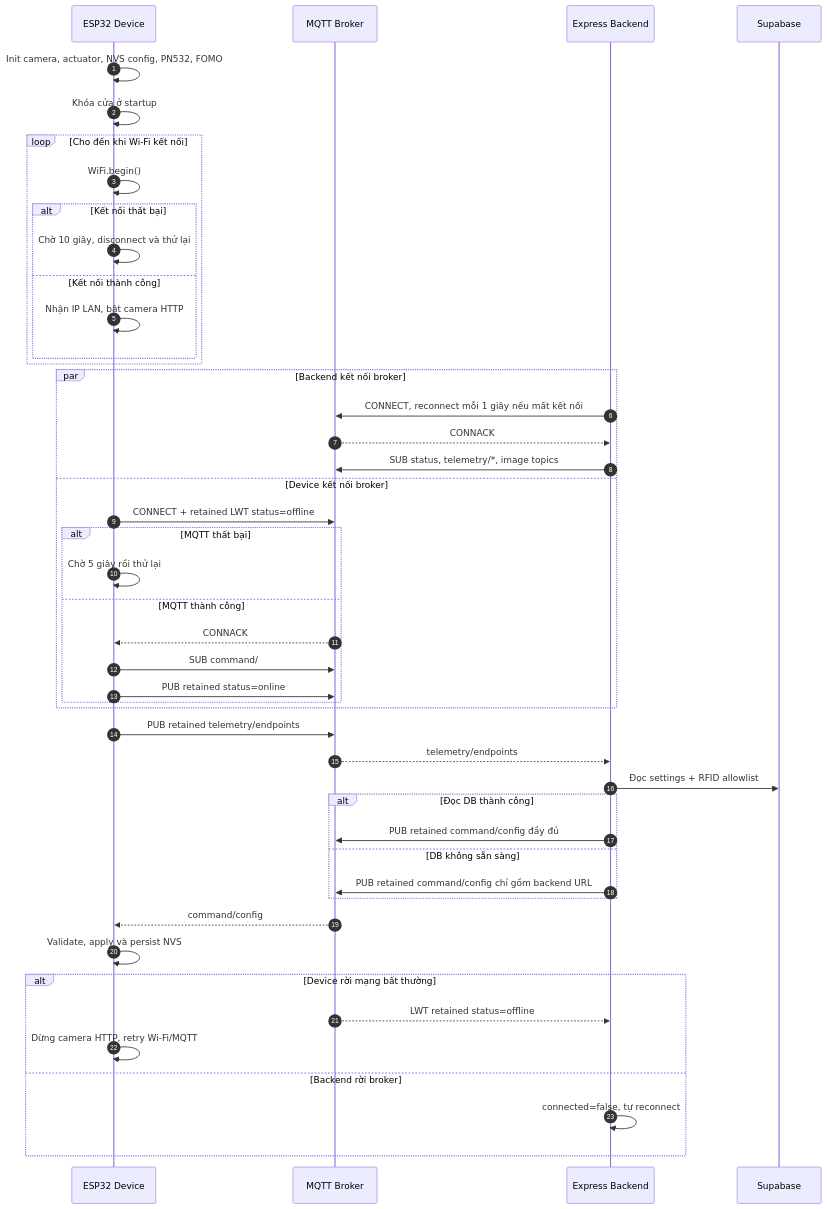
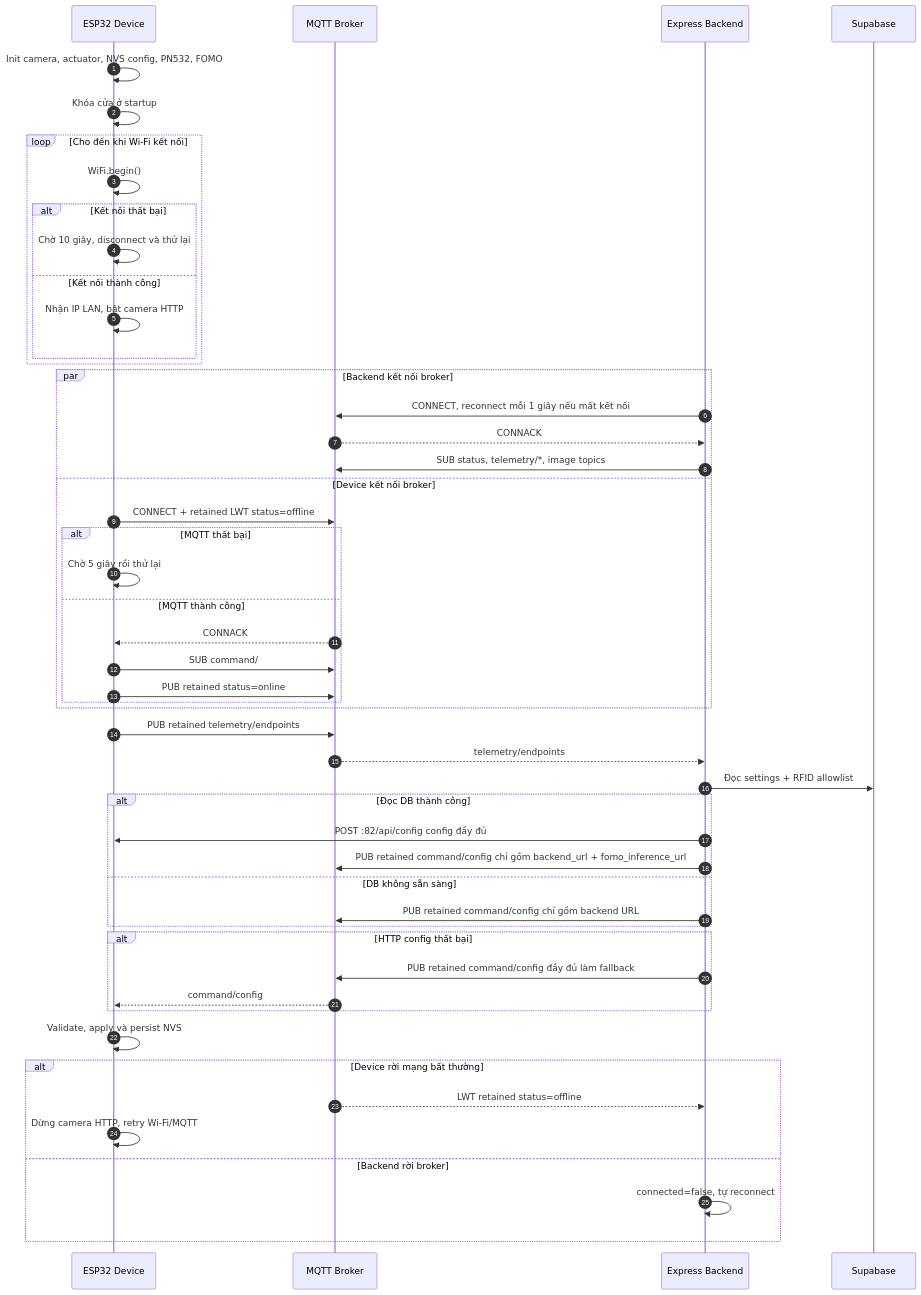
Before and after one commit to ntntran09/EdgeGuard: the second of 17 diagrams in docs/EDGEGUARD_FLOWS.md, drawn with Mermaid. The commit also changed other lines of this file, not shown here.

Commit message:
docs: update EdgeGuard HTTP flows

````diff
--- a/docs/EDGEGUARD_FLOWS.md
+++ b/docs/EDGEGUARD_FLOWS.md
@@ -77,53 +78,57 @@
 ```mermaid
 sequenceDiagram
     autonumber
     participant D as ESP32 Device
     participant M as MQTT Broker
     participant B as Express Backend
     participant DB as Supabase
 
     D->>D: Init camera, actuator, NVS config, PN532, FOMO
     D->>D: Khóa cửa ở startup
 
     loop Cho đến khi Wi-Fi kết nối
         D->>D: WiFi.begin()
         alt Kết nối thất bại
             D->>D: Chờ 10 giây, disconnect và thử lại
         else Kết nối thành công
             D->>D: Nhận IP LAN, bật camera HTTP
         end
     end
 
     par Backend kết nối broker
         B->>M: CONNECT, reconnect mỗi 1 giây nếu mất kết nối
         M-->>B: CONNACK
         B->>M: SUB status, telemetry/*, image topics
     and Device kết nối broker
         D->>M: CONNECT + retained LWT status=offline
         alt MQTT thất bại
             D->>D: Chờ 5 giây rồi thử lại
         else MQTT thành công
             M-->>D: CONNACK
             D->>M: SUB command/#
             D->>M: PUB retained status=online
         end
     end
 
     D->>M: PUB retained telemetry/endpoints
     M-->>B: telemetry/endpoints
     B->>DB: Đọc settings + RFID allowlist
     alt Đọc DB thành công
-        B->>M: PUB retained command/config đầy đủ
+        B->>D: POST :82/api/config config đầy đủ
+        B->>M: PUB retained command/config chỉ gồm backend_url + fomo_inference_url
     else DB không sẵn sàng
         B->>M: PUB retained command/config chỉ gồm backend URL
     end
-    M-->>D: command/config
+    alt HTTP config thất bại
+        B->>M: PUB retained command/config đầy đủ làm fallback
+        M-->>D: command/config
+    end
     D->>D: Validate, apply và persist NVS
 
     alt Device rời mạng bất thường
         M-->>B: LWT retained status=offline
         D->>D: Dừng camera HTTP, retry Wi-Fi/MQTT
     else Backend rời broker
         B->>B: connected=false, tự reconnect
     end
 ```
````
